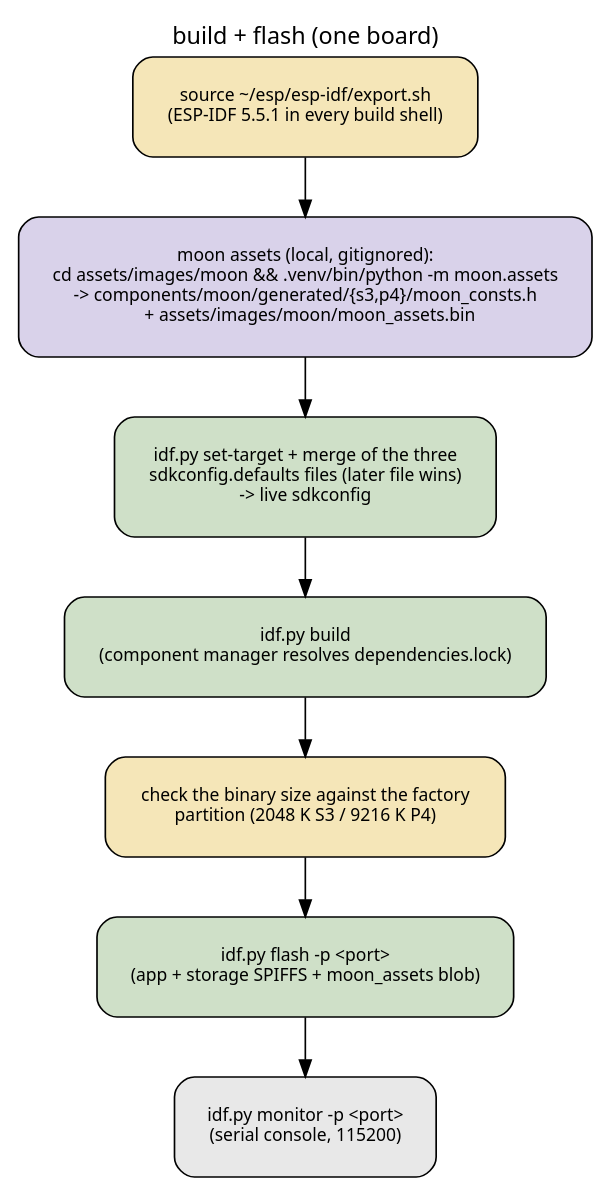
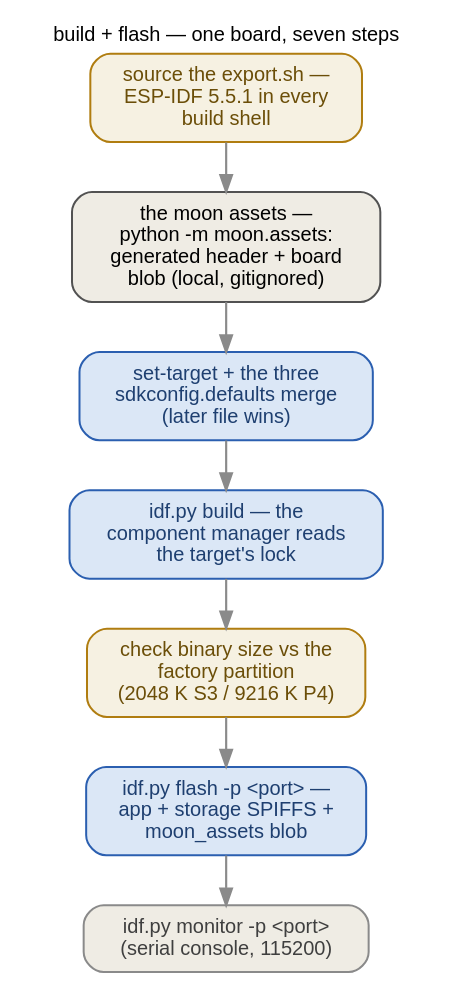
One commit to ukos-git/moon-clock-esp changed the diagram in docs/_graphs/build-flash.dot. Above: the diagram before and after it, drawn with Graphviz. The commit also changed 21 other files, not shown here.

```diff
--- a/docs/_graphs/build-flash.dot
+++ b/docs/_graphs/build-flash.dot
@@ -1,21 +1,61 @@
-// Build + flash sequence for one board (port = <port>, the identified node)
+// Build + flash sequence for ONE board (port = <port>, the
+// identified node — never hard-coded: plug one board, watch which
+// /dev/ttyACM* node appears, confirm the chip with
+// esptool.py --port <port> chip_id before flashing; the mapping does
+// not survive a re-plug). The seven steps, in order (verified against
+// the root build flow):
+//   source ~/esp/esp-idf/export.sh — ESP-IDF 5.5.1 in every build
+//   shell;
+//   the moon assets are pre-baked locally and gitignored:
+//   cd assets/images/moon && .venv/bin/python -m moon.assets writes
+//   components/moon/generated/{s3,p4}/moon_consts.h and
+//   assets/images/moon/moon_assets.bin (the root CMakeLists
+//   FATAL_ERRORs on a width/manifest/partition mismatch — regenerate
+//   after touching the pipeline or MOON_ALBEDO_W);
+//   idf.py set-target merges the three sdkconfig.defaults files
+//   (later file wins) into the live sdkconfig — sdkconfig-merge.dot;
+//   idf.py build — the component manager resolves dependencies.lock
+//   (the P4 build: -D IDF_TARGET=esp32p4 -B build/p4, lock
+//   dependencies.lock.p4);
+//   CHECK the binary size against the factory partition: 2048 K S3 /
+//   9216 K P4 (the P4's 16 MB header warning from esptool is
+//   expected);
+//   idf.py flash -p <port> lands app + storage SPIFFS + the
+//   moon_assets blob;
+//   idf.py monitor -p <port> — serial console, 115200.
+// FONTS: 12 pt = the page's 16 px body text at 1:1 — kept inside the
+// content column.
 // Rendered inline as SVG by sphinx.ext.graphviz (dot on PATH).
 digraph build_flash {
     rankdir=TB;
-    label="build + flash (one board)";
-    labelloc=t;
-    fontsize=14;
-    fontname=sans;
-    node [fontname=sans, shape=box, style="rounded,filled", margin=0.25, fontsize=10.5];
-    edge [fontname=sans, fontsize=10];
+    label="build + flash — one board, seven steps";
+    labelloc="t"; labeljust="c";
+    fontname="Helvetica"; fontsize=12;
+    graph [nodesep=0.4, ranksep=0.42];
+    node [fontname="Helvetica", fontsize=12, shape=box, style="rounded,filled",
+          width=0, height=0, margin="0.16,0.10", fillcolor="#f2f2ef",
+          color="#525252", penwidth=1.2];
+    edge [fontname="Helvetica", fontsize=12, color="#8a8a8a", penwidth=1.3];
 
-    env   [label="source ~/esp/esp-idf/export.sh\n(ESP-IDF 5.5.1 in every build shell)", fillcolor="#f5e6b8"];
-    assets [label="moon assets (local, gitignored):\ncd assets/images/moon && .venv/bin/python -m moon.assets\n-> components/moon/generated/{s3,p4}/moon_consts.h\n   + assets/images/moon/moon_assets.bin", fillcolor="#d9d2ea"];
-    cfg   [label="idf.py set-target + merge of the three\nsdkconfig.defaults files (later file wins)\n-> live sdkconfig", fillcolor="#cfe0c8"];
-    build [label="idf.py build\n(component manager resolves dependencies.lock)", fillcolor="#cfe0c8"];
-    size  [label="check the binary size against the factory\npartition (2048 K S3 / 9216 K P4)", fillcolor="#f5e6b8"];
-    flash [label="idf.py flash -p <port>\n(app + storage SPIFFS + moon_assets blob)", fillcolor="#cfe0c8"];
-    mon   [label="idf.py monitor -p <port>\n(serial console, 115200)", fillcolor="#e8e8e8"];
+    env [label="source the export.sh —\nESP-IDF 5.5.1 in every\nbuild shell",
+         fillcolor="#f6f1e2", color="#b07d10", fontcolor="#6b4e08"];
+    assets [label="the moon assets —\npython -m moon.assets:\ngenerated header + board\nblob (local, gitignored)",
+            fillcolor="#efece4"];
+    cfg [label="set-target + the three\nsdkconfig.defaults merge\n(later file wins)",
+         fillcolor="#dbe7f6", color="#2b5fb0", fontcolor="#1e3f70"];
+    build [label="idf.py build — the\ncomponent manager reads\nthe target's lock",
+           fillcolor="#dbe7f6", color="#2b5fb0", fontcolor="#1e3f70"];
+    size [label="check binary size vs the\nfactory partition\n(2048 K S3 / 9216 K P4)",
+          fillcolor="#f6f1e2", color="#b07d10", fontcolor="#6b4e08"];
+    flash [label="idf.py flash -p <port> —\napp + storage SPIFFS +\nmoon_assets blob",
+           fillcolor="#dbe7f6", color="#2b5fb0", fontcolor="#1e3f70"];
+    mon [label="idf.py monitor -p <port>\n(serial console, 115200)",
+         fillcolor="#efece4", color="#8a8a8a", fontcolor="#3f3f3f"];
 
-    env -> assets -> cfg -> build -> size -> flash -> mon;
+    env -> assets;
+    assets -> cfg;
+    cfg -> build;
+    build -> size;
+    size -> flash;
+    flash -> mon;
 }
```
